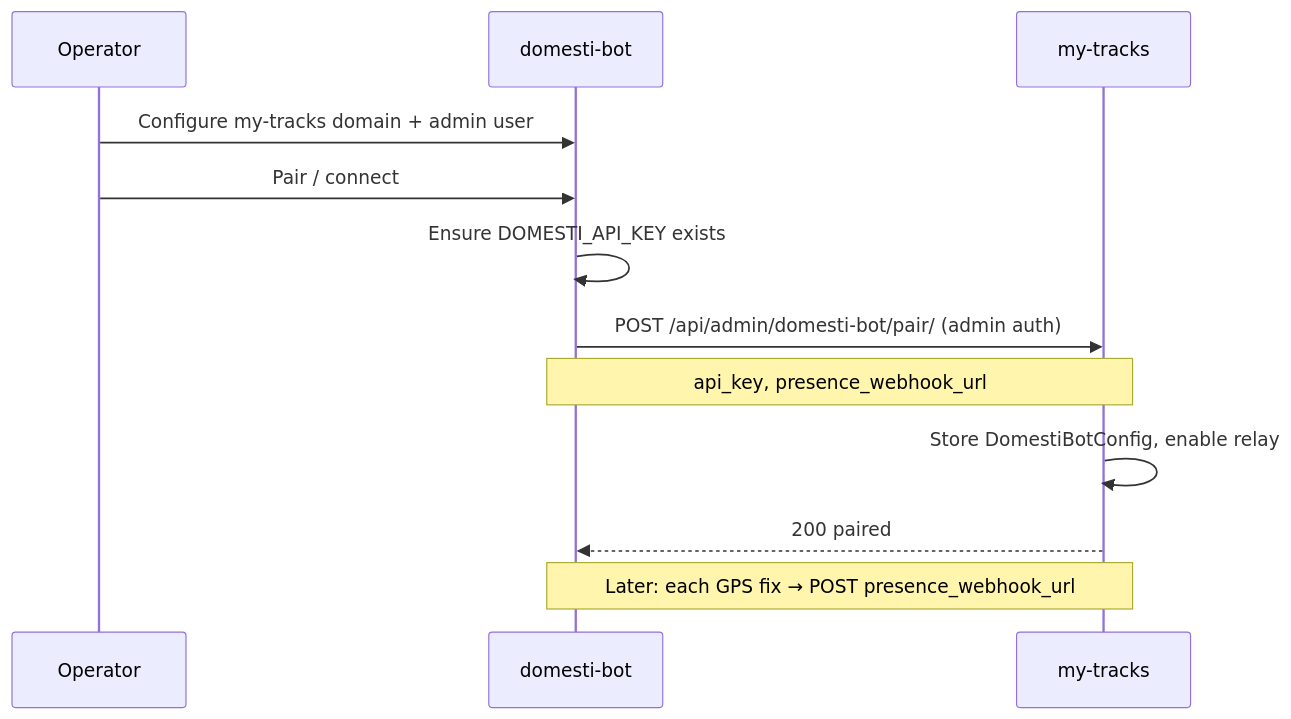
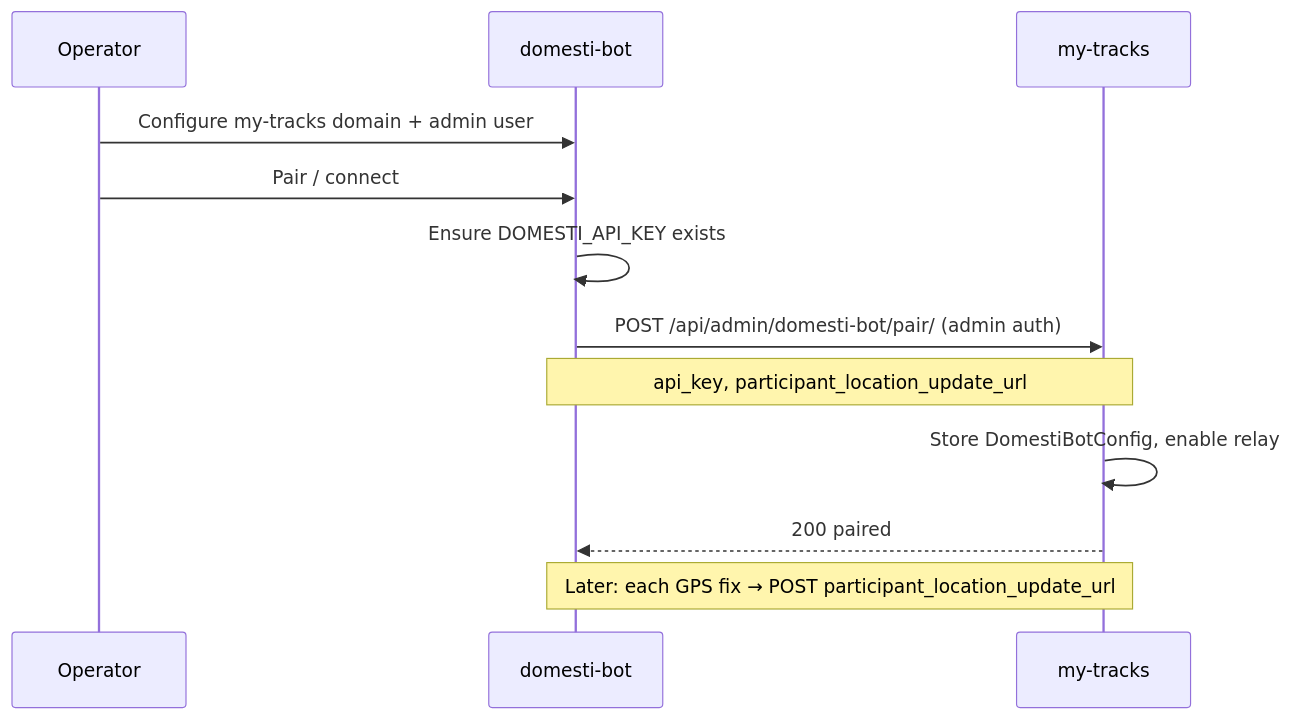
One commit to the-hcma/my-tracks changed the diagram in docs/DOMESTI_BOT_INTEGRATION_PLAN.md. Above: the diagram before and after it, drawn with Mermaid. The commit also changed other lines of this file, not shown here.

Commit message:
docs: rename presence webhook to participant_location_update_url

````diff
--- a/docs/DOMESTI_BOT_INTEGRATION_PLAN.md
+++ b/docs/DOMESTI_BOT_INTEGRATION_PLAN.md
@@ -110,15 +111,15 @@
 ```mermaid
 sequenceDiagram
   participant Op as Operator
   participant Bot as domesti-bot
   participant MT as my-tracks
 
   Op->>Bot: Configure my-tracks domain + admin user
   Op->>Bot: Pair / connect
   Bot->>Bot: Ensure DOMESTI_API_KEY exists
   Bot->>MT: POST /api/admin/domesti-bot/pair/ (admin auth)
-  Note over Bot,MT: api_key, presence_webhook_url
+  Note over Bot,MT: api_key, participant_location_update_url
   MT->>MT: Store DomestiBotConfig, enable relay
   MT-->>Bot: 200 paired
-  Note over MT,Bot: Later: each GPS fix → POST presence_webhook_url
+  Note over MT,Bot: Later: each GPS fix → POST participant_location_update_url
 ```
````
